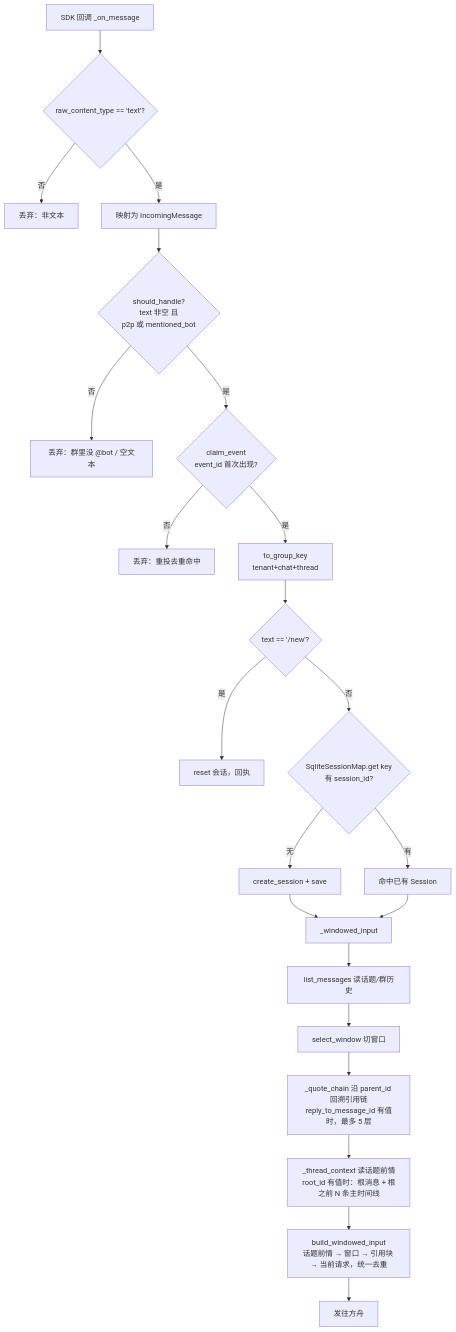
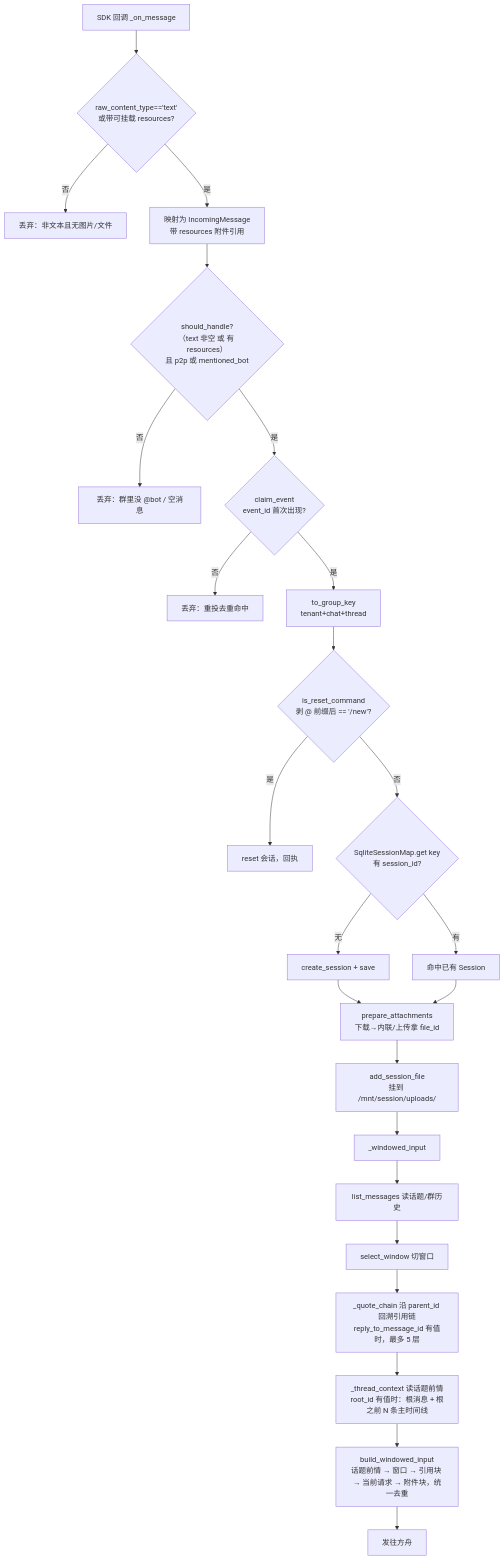
One commit to FeiZhuNiU-INFJA/ARK-MA-Best-Practise changed the second of 8 diagrams in scenarios/feishu-bot/cases/group-bot/ARCHITECTURE.md. Above: the diagram before and after it, drawn with Mermaid. The commit also changed other lines of this file and 14 other files, not shown here.

````diff
--- a/scenarios/feishu-bot/cases/group-bot/ARCHITECTURE.md
+++ b/scenarios/feishu-bot/cases/group-bot/ARCHITECTURE.md
@@ -55,24 +57,26 @@
 ```mermaid
 flowchart TD
-    A[SDK 回调 _on_message] --> B{raw_content_type == 'text'?}
-    B -- 否 --> X1[丢弃：非文本]
-    B -- 是 --> C[映射为 IncomingMessage]
-    C --> D{should_handle?\ntext 非空 且\n p2p 或 mentioned_bot}
-    D -- 否 --> X2[丢弃：群里没 @bot / 空文本]
+    A[SDK 回调 _on_message] --> B{raw_content_type=='text'\n或带可挂载 resources?}
+    B -- 否 --> X1[丢弃：非文本且无图片/文件]
+    B -- 是 --> C[映射为 IncomingMessage\n带 resources 附件引用]
+    C --> D{should_handle?\n（text 非空 或 有 resources）\n且 p2p 或 mentioned_bot}
+    D -- 否 --> X2[丢弃：群里没 @bot / 空消息]
     D -- 是 --> E{claim_event\nevent_id 首次出现?}
     E -- 否 --> X3[丢弃：重投去重命中]
     E -- 是 --> F[to_group_key\ntenant+chat+thread]
-    F --> G{text == '/new'?}
+    F --> G{is_reset_command\n剥 @ 前缀后 == '/new'?}
     G -- 是 --> R[reset 会话，回执]
     G -- 否 --> H{SqliteSessionMap.get key\n有 session_id?}
     H -- 无 --> I[create_session + save]
     H -- 有 --> J[命中已有 Session]
-    I --> K
-    J --> K[_windowed_input]
+    I --> P
+    J --> P[prepare_attachments\n下载→内联/上传拿 file_id]
+    P --> MNT[add_session_file\n挂到 /mnt/session/uploads/]
+    MNT --> K[_windowed_input]
     K --> L[list_messages 读话题/群历史]
     L --> M[select_window 切窗口]
     M --> Q[_quote_chain 沿 parent_id 回溯引用链\nreply_to_message_id 有值时，最多 5 层]
     Q --> T[_thread_context 读话题前情\nroot_id 有值时：根消息 + 根之前 N 条主时间线]
-    T --> N[build_windowed_input\n话题前情 → 窗口 → 引用块 → 当前请求，统一去重]
+    T --> N[build_windowed_input\n话题前情 → 窗口 → 引用块 → 当前请求 → 附件块，统一去重]
     N --> O[发往方舟]
 ```
````
